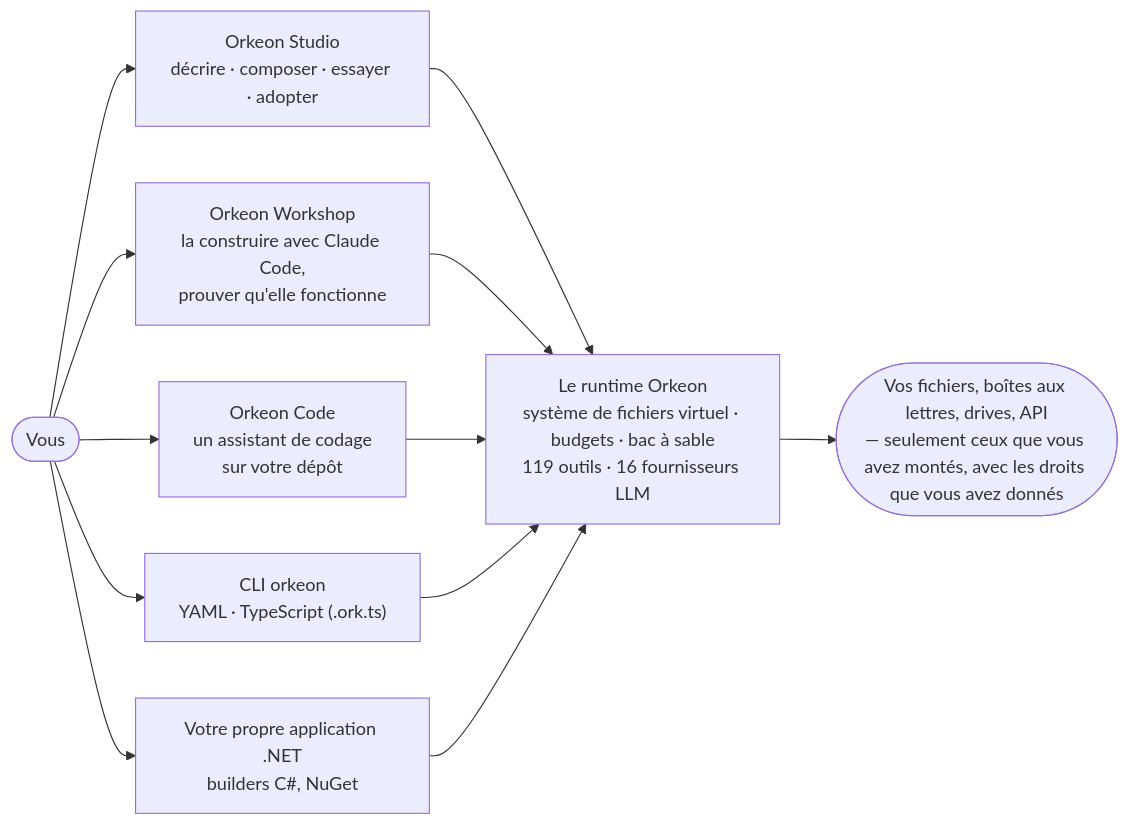
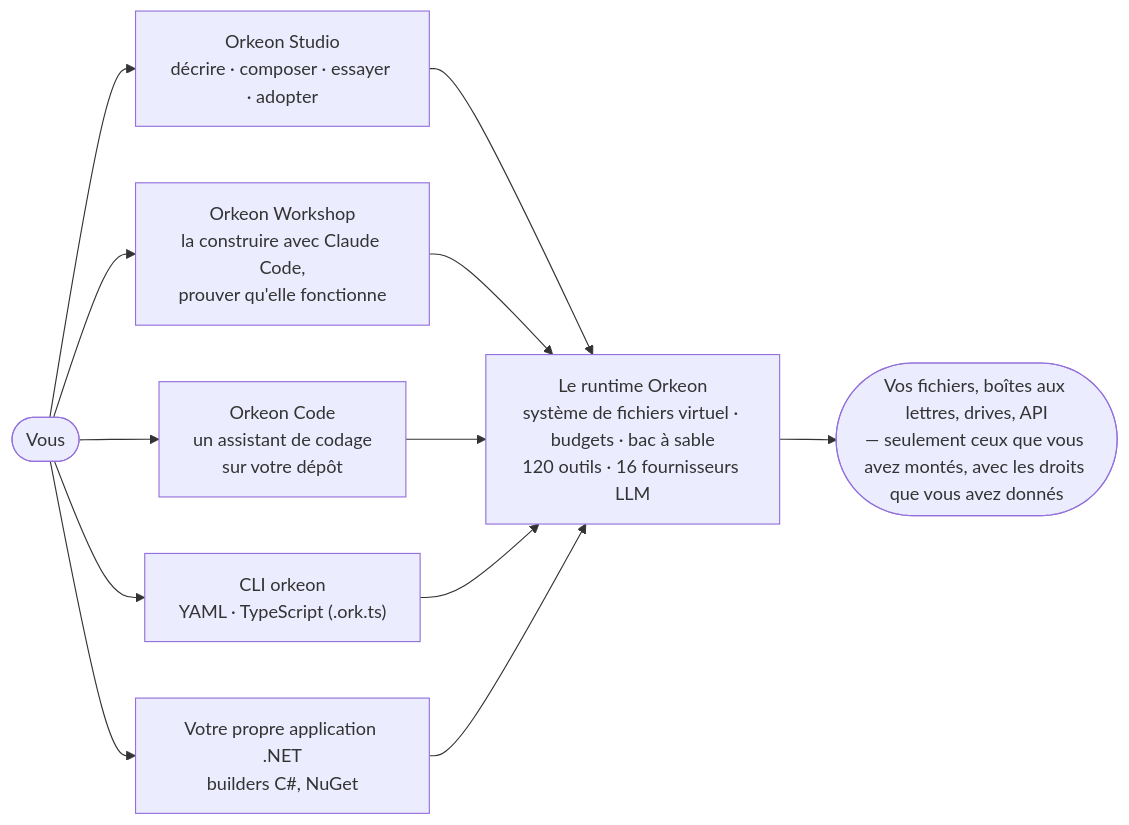
One commit to Orkeon/orkeon changed the diagram in README.fr.md. Above: the diagram before and after it, drawn with Mermaid. The commit also changed other lines of this file and 189 other files, not shown here.

````diff
--- a/README.fr.md
+++ b/README.fr.md
@@ -30,10 +30,10 @@
 ```mermaid
 flowchart LR
     you(["Vous"]) --> studio["Orkeon Studio<br/>décrire · composer · essayer · adopter"]
     you --> workshop["Orkeon Workshop<br/>la construire avec Claude Code,<br/>prouver qu'elle fonctionne"]
     you --> code["Orkeon Code<br/>un assistant de codage<br/>sur votre dépôt"]
     you --> cli["CLI orkeon<br/>YAML · TypeScript (.ork.ts)"]
     you --> app["Votre propre application .NET<br/>builders C#, NuGet"]
-    studio & workshop & code & cli & app --> runtime["Le runtime Orkeon<br/>système de fichiers virtuel · budgets · bac à sable<br/>119 outils · 16 fournisseurs LLM"]
+    studio & workshop & code & cli & app --> runtime["Le runtime Orkeon<br/>système de fichiers virtuel · budgets · bac à sable<br/>120 outils · 16 fournisseurs LLM"]
     runtime --> world(["Vos fichiers, boîtes aux lettres, drives, API<br/>— seulement ceux que vous avez montés, avec les droits que vous avez donnés"])
 ```
````
